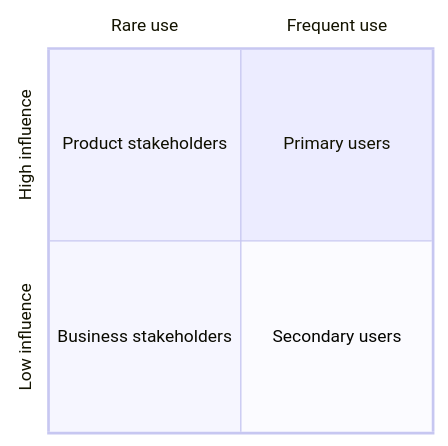
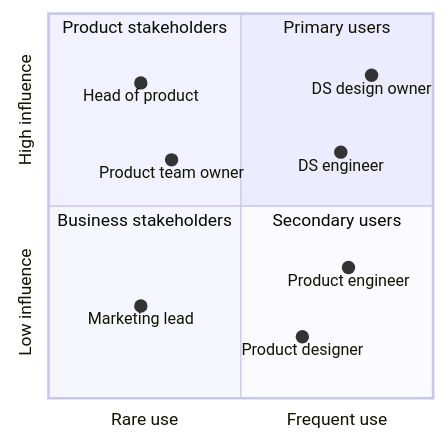
Before and after one commit to F4cu/ds101: the first of 2 diagrams in src/content/docs/stakeholder-alignment.md, drawn with Mermaid. The commit also changed other lines of this file and 4 other files, not shown here.

First line of the commit message:
Add Core Concepts pyramid and rework Stakeholder Alignment diagrams

````diff
--- a/src/content/docs/stakeholder-alignment.md
+++ b/src/content/docs/stakeholder-alignment.md
@@ -43,18 +45,26 @@
 ```mermaid
 ---
 config:
   quadrantChart:
     chartWidth: 320
     chartHeight: 320
     quadrantLabelFontSize: 13
     xAxisLabelFontSize: 13
     yAxisLabelFontSize: 13
+    pointLabelFontSize: 12
 ---
 quadrantChart
   x-axis Rare use --> Frequent use
   y-axis Low influence --> High influence
   quadrant-1 Primary users
   quadrant-2 Product stakeholders
   quadrant-3 Business stakeholders
   quadrant-4 Secondary users
+  DS design owner: [0.84, 0.84]
+  DS engineer: [0.76, 0.64]
+  Head of product: [0.24, 0.82]
+  Product team owner: [0.32, 0.62]
+  Product engineer: [0.78, 0.34]
+  Product designer: [0.66, 0.16]
+  Marketing lead: [0.24, 0.24]
 ```
````
